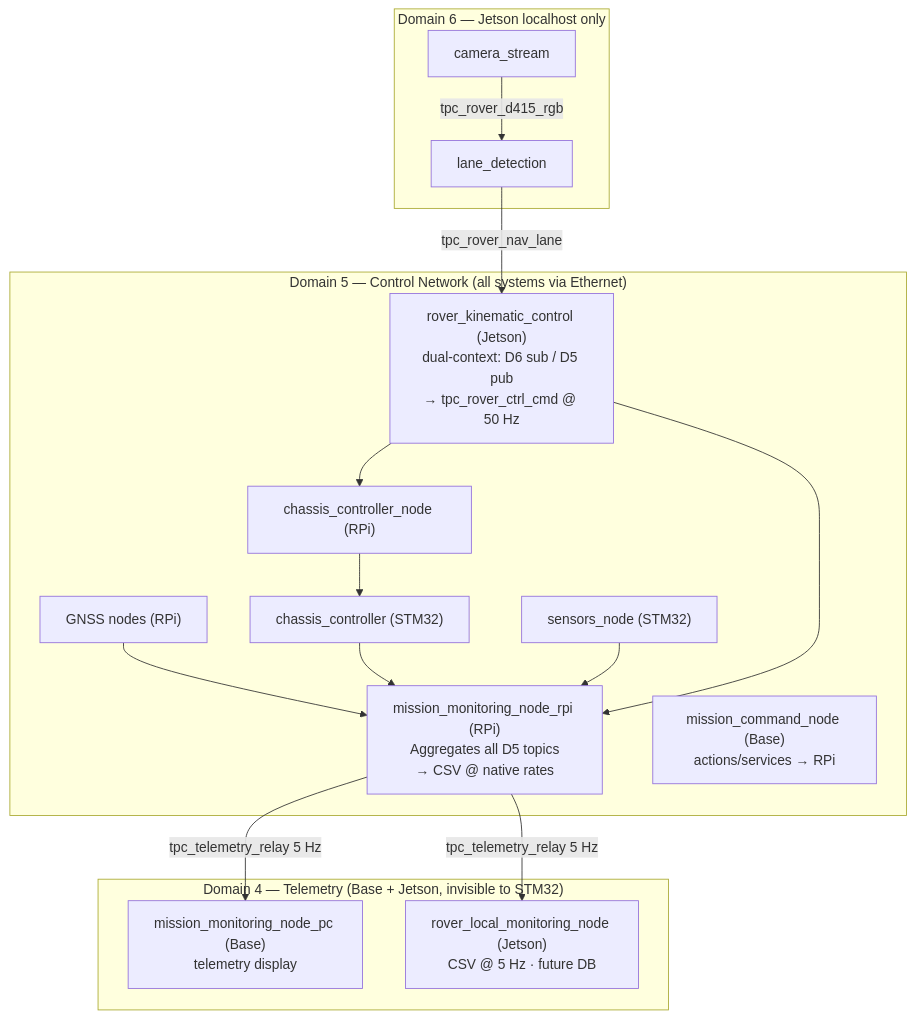
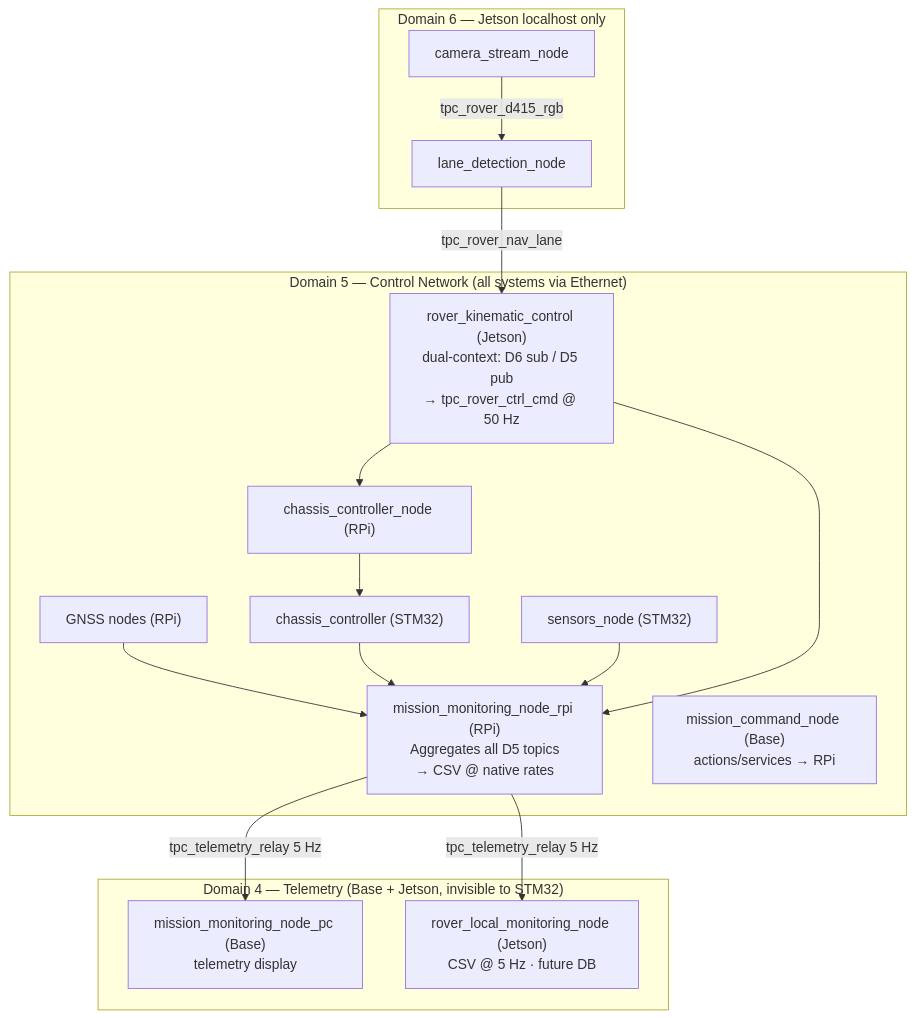
One commit to RoboticsGG/almondmatcha changed the diagram in docs/DOMAINS.md. Above: the diagram before and after it, drawn with Mermaid. The commit also changed other lines of this file and 30 other files, not shown here.

````diff
--- a/docs/DOMAINS.md
+++ b/docs/DOMAINS.md
@@ -15,30 +15,30 @@
 ```mermaid
 flowchart TB
     subgraph D6["Domain 6 — Jetson localhost only"]
-        CAM["camera_stream"] -->|tpc_rover_d415_rgb| LANE["lane_detection"]
+        CAM["camera_stream_node"] -->|tpc_rover_d415_rgb| LANE["lane_detection_node"]
     end
 
     subgraph D5["Domain 5 — Control Network (all systems via Ethernet)"]
         CTRL["rover_kinematic_control (Jetson)\ndual-context: D6 sub / D5 pub\n→ tpc_rover_ctrl_cmd @ 50 Hz"]
         CC["chassis_controller_node (RPi)"]
         STM32C["chassis_controller (STM32)"]
         STM32S["sensors_node (STM32)"]
         GNSS["GNSS nodes (RPi)"]
         MON["mission_monitoring_node_rpi (RPi)\nAggregates all D5 topics\n→ CSV @ native rates"]
         CMD["mission_command_node (Base)\nactions/services → RPi"]
     end
 
     subgraph D4["Domain 4 — Telemetry (Base + Jetson, invisible to STM32)"]
         PC["mission_monitoring_node_pc (Base)\ntelemetry display"]
         JLOG["rover_local_monitoring_node (Jetson)\nCSV @ 5 Hz · future DB"]
     end
 
     LANE -->|tpc_rover_nav_lane| CTRL
     CTRL --> CC --> STM32C
     GNSS --> MON
     STM32C --> MON
     STM32S --> MON
     CTRL --> MON
     MON -->|tpc_telemetry_relay 5 Hz| PC
     MON -->|tpc_telemetry_relay 5 Hz| JLOG
 ```
````
